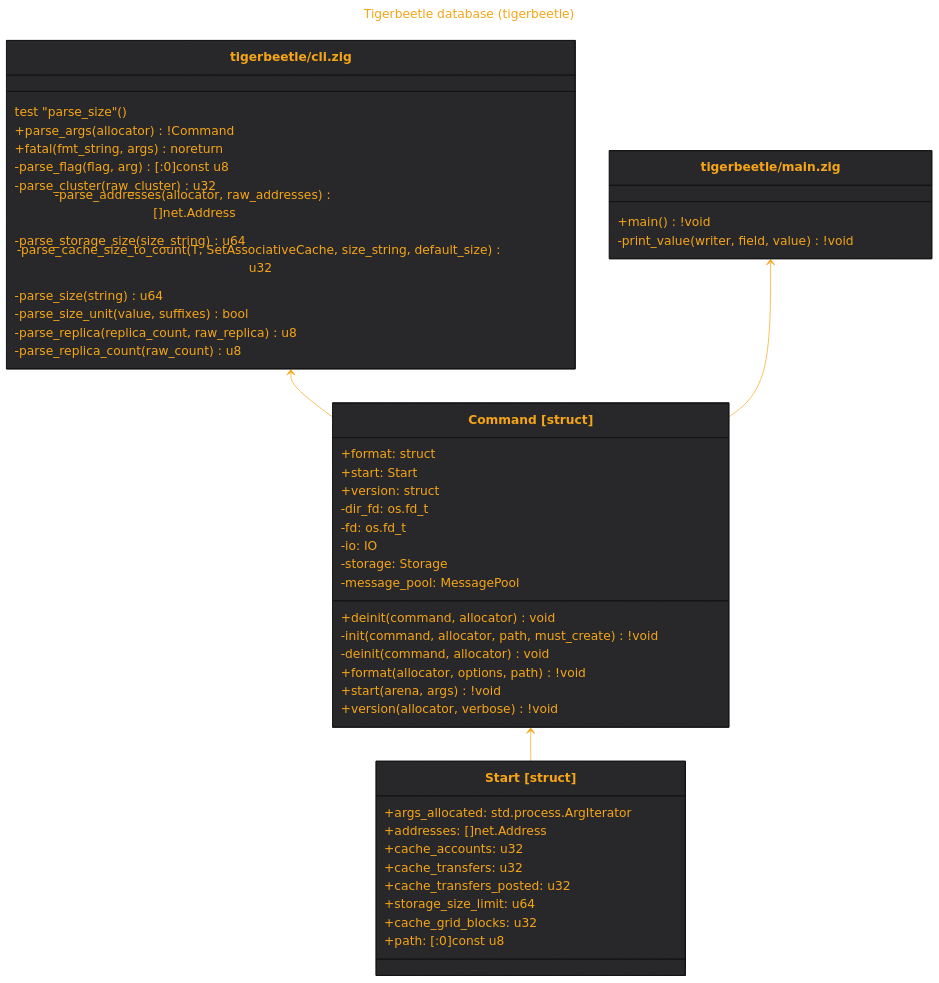
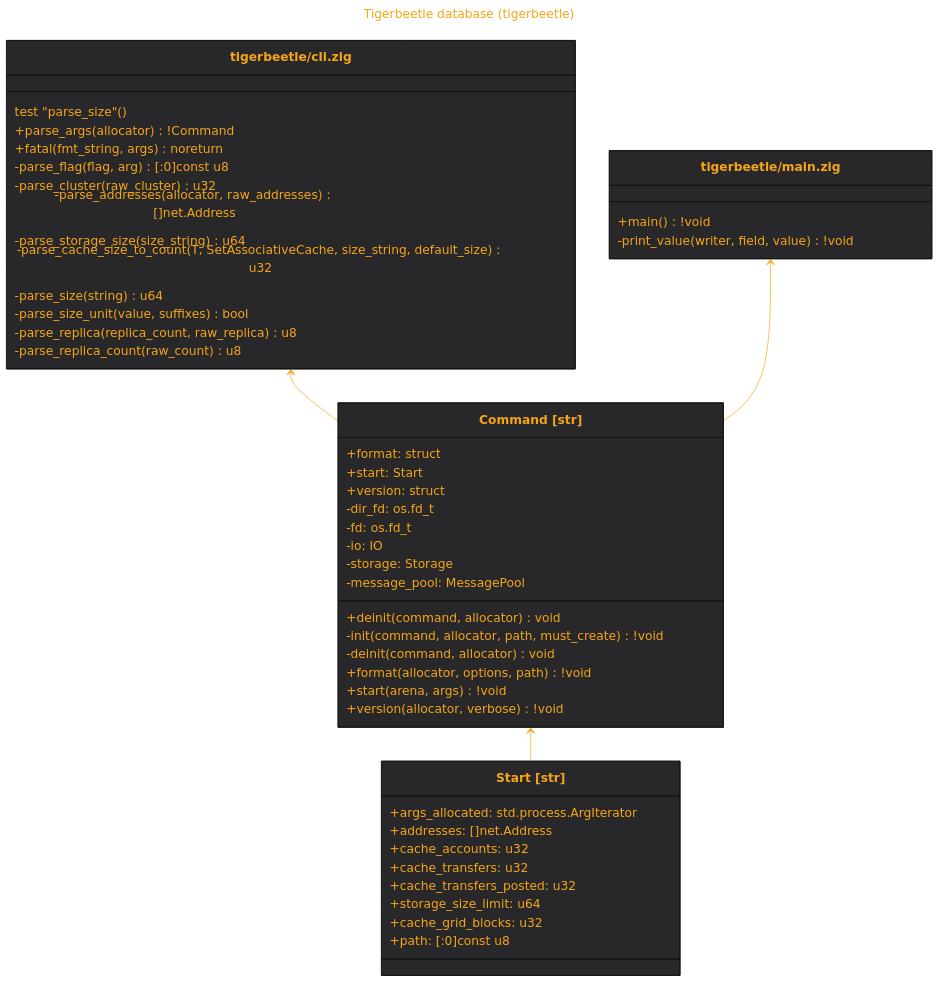
One commit to tensorush/meduza changed the diagram in out/src.tigerbeetle.md. Above: the diagram before and after it, drawn with Mermaid. The commit also changed 17 other files, not shown here.

````diff
--- a/out/src.tigerbeetle.md
+++ b/out/src.tigerbeetle.md
@@ -1,72 +1,72 @@
 ```mermaid
 ---
 title: Tigerbeetle database (tigerbeetle)
 ---
 %%{
     init: {
         'theme': 'base',
         'themeVariables': {
             'fontSize': '18px',
             'fontFamily': 'arial',
             'lineColor': '#F6A516',
             'primaryColor': '#28282B',
             'primaryTextColor': '#F6A516'
         }
     }
 }%%
 classDiagram
-class Start["Start [struct]"] {
+class Start["Start [str]"] {
     +args_allocated: std.process.ArgIterator
     +addresses: []net.Address
     +cache_accounts: u32
     +cache_transfers: u32
     +cache_transfers_posted: u32
     +storage_size_limit: u64
     +cache_grid_blocks: u32
     +path: [:0]const u8
 }
 link Start "https://github.com/tigerbeetle/tigerbeetle/blob/main/src/tigerbeetle/cli.zig#L97"
-class Command["Command [union]"] {
+class Command["Command [uni]"] {
     +format: struct
     +start: Start
     +version: struct
     +deinit(command, allocator) void
 }
 Command <-- Start
 link Command "https://github.com/tigerbeetle/tigerbeetle/blob/main/src/tigerbeetle/cli.zig#L96"
 class `tigerbeetle/cli.zig` {
     test "parse_size"()
     +parse_args(allocator) !Command
     +fatal(fmt_string, args) noreturn
     -parse_flag(flag, arg) [:0]const u8
     -parse_cluster(raw_cluster) u32
     -parse_addresses(allocator, raw_addresses) []net.Address
     -parse_storage_size(size_string) u64
     -parse_cache_size_to_count(T, SetAssociativeCache, size_string, default_size) u32
     -parse_size(string) u64
     -parse_size_unit(value, suffixes) bool
     -parse_replica(replica_count, raw_replica) u8
     -parse_replica_count(raw_count) u8
 }
 `tigerbeetle/cli.zig` <-- Command
 link `tigerbeetle/cli.zig` "https://github.com/tigerbeetle/tigerbeetle/blob/main/src/tigerbeetle/cli.zig"
-class Command["Command [struct]"] {
+class Command["Command [str]"] {
     -dir_fd: os.fd_t
     -fd: os.fd_t
     -io: IO
     -storage: Storage
     -message_pool: MessagePool
     -init(command, allocator, path, must_create) !void
     -deinit(command, allocator) void
     +format(allocator, options, path) !void
     +start(arena, args) !void
     +version(allocator, verbose) !void
 }
 link Command "https://github.com/tigerbeetle/tigerbeetle/blob/main/src/tigerbeetle/main.zig#L64"
 class `tigerbeetle/main.zig` {
     +main() !void
     -print_value(writer, field, value) !void
 }
 `tigerbeetle/main.zig` <-- Command
 link `tigerbeetle/main.zig` "https://github.com/tigerbeetle/tigerbeetle/blob/main/src/tigerbeetle/main.zig"
 ```
````
